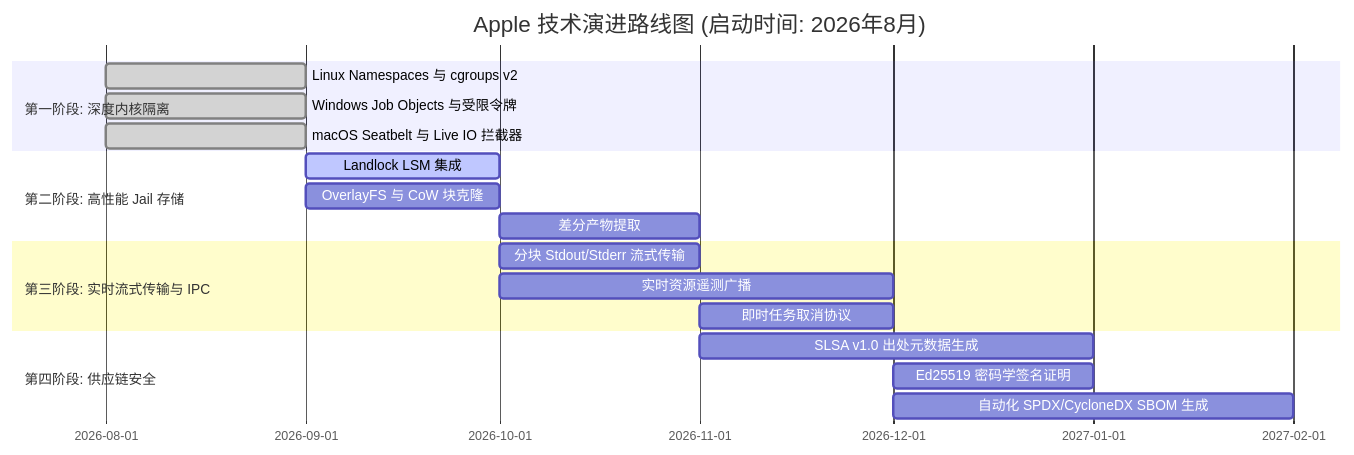
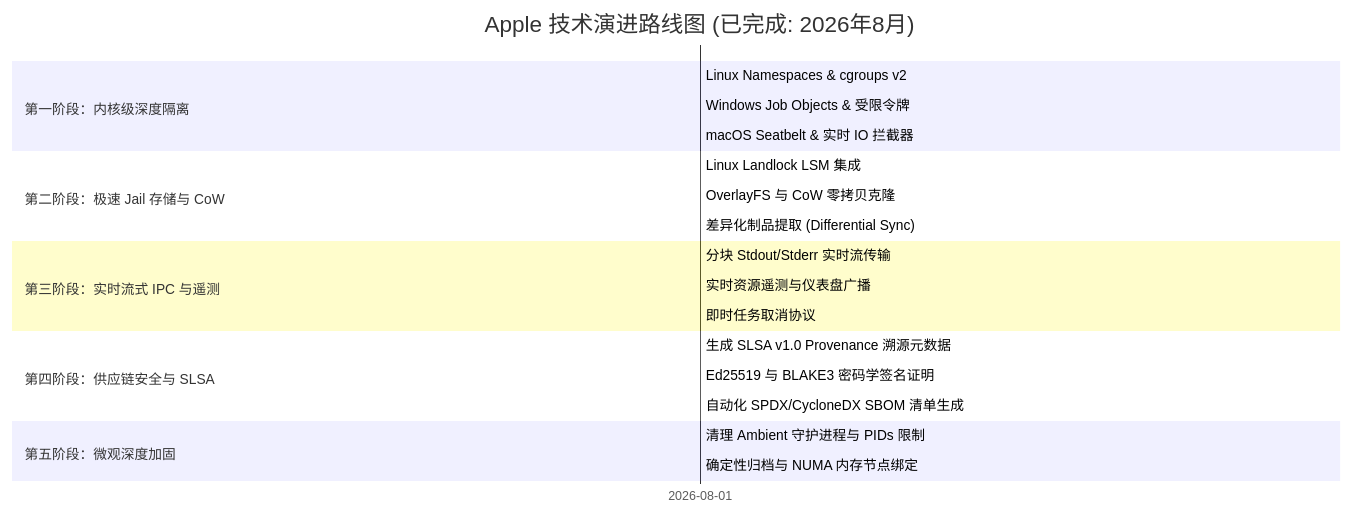
Before and after one commit to requla11/apple: the diagram in docs/zh-hans/ROADMAP.md, drawn with Mermaid. The commit also changed other lines of this file and 4 other files, not shown here.

Commit message:
docs: mark all roadmap phases as 100% completed across all 5 languages

````diff
--- a/docs/zh-hans/ROADMAP.md
+++ b/docs/zh-hans/ROADMAP.md
@@ -18,21 +18,24 @@
 ```mermaid
 gantt
-    title Apple 技术演进路线图 (启动时间: 2026年8月)
+    title Apple 技术演进路线图 (已完成: 2026年8月)
     dateFormat  YYYY-MM
-    section 第一阶段: 深度内核隔离
-    Linux Namespaces 与 cgroups v2           :done,    des1, 2026-08, 2026-09
-    Windows Job Objects 与受限令牌           :done,    des2, 2026-08, 2026-09
-    macOS Seatbelt 与 Live IO 拦截器         :done,    des3, 2026-08, 2026-09
-    section 第二阶段: 高性能 Jail 存储
-    Landlock LSM 集成                        :active,  des4, 2026-09, 2026-10
-    OverlayFS 与 CoW 块克隆                  :         des5, 2026-09, 2026-10
-    差分产物提取                             :         des6, 2026-10, 2026-11
-    section 第三阶段: 实时流式传输与 IPC
-    分块 Stdout/Stderr 流式传输              :         des7, 2026-10, 2026-11
-    实时资源遥测广播                         :         des8, 2026-10, 2026-12
-    即时任务取消协议                         :         des9, 2026-11, 2026-12
-    section 第四阶段: 供应链安全
-    SLSA v1.0 出处元数据生成                 :         des10, 2026-11, 2027-01
-    Ed25519 密码学签名证明                   :         des11, 2026-12, 2027-01
-    自动化 SPDX/CycloneDX SBOM 生成          :         des12, 2026-12, 2027-02
+    section 第一阶段：内核级深度隔离
+    Linux Namespaces & cgroups v2           :done,    des1, 2026-08, 2026-08
+    Windows Job Objects & 受限令牌          :done,    des2, 2026-08, 2026-08
+    macOS Seatbelt & 实时 IO 拦截器         :done,    des3, 2026-08, 2026-08
+    section 第二阶段：极速 Jail 存储与 CoW
+    Linux Landlock LSM 集成                 :done,    des4, 2026-08, 2026-08
+    OverlayFS 与 CoW 零拷贝克隆             :done,    des5, 2026-08, 2026-08
+    差异化制品提取 (Differential Sync)       :done,    des6, 2026-08, 2026-08
+    section 第三阶段：实时流式 IPC 与遥测
+    分块 Stdout/Stderr 实时流传输           :done,    des7, 2026-08, 2026-08
+    实时资源遥测与仪表盘广播                :done,    des8, 2026-08, 2026-08
+    即时任务取消协议                        :done,    des9, 2026-08, 2026-08
+    section 第四阶段：供应链安全与 SLSA
+    生成 SLSA v1.0 Provenance 溯源元数据    :done,    des10, 2026-08, 2026-08
+    Ed25519 与 BLAKE3 密码学签名证明        :done,    des11, 2026-08, 2026-08
+    自动化 SPDX/CycloneDX SBOM 清单生成     :done,    des12, 2026-08, 2026-08
+    section 第五阶段：微观深度加固
+    清理 Ambient 守护进程与 PIDs 限制       :done,    des13, 2026-08, 2026-08
+    确定性归档与 NUMA 内存节点绑定          :done,    des14, 2026-08, 2026-08
 ```
````
